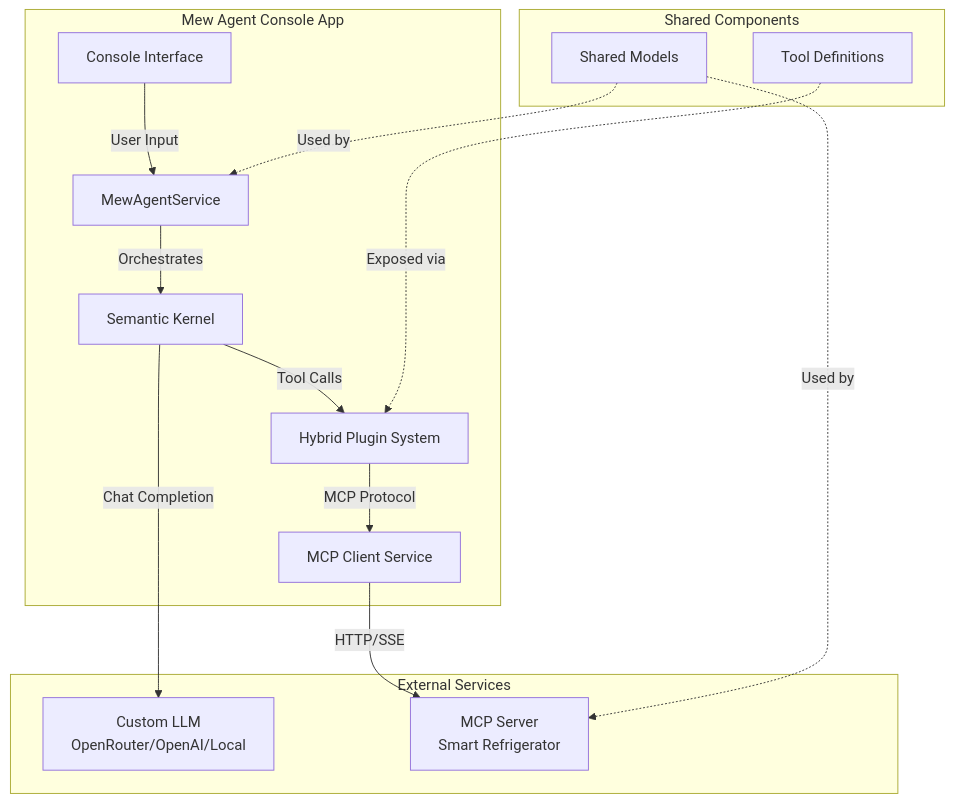
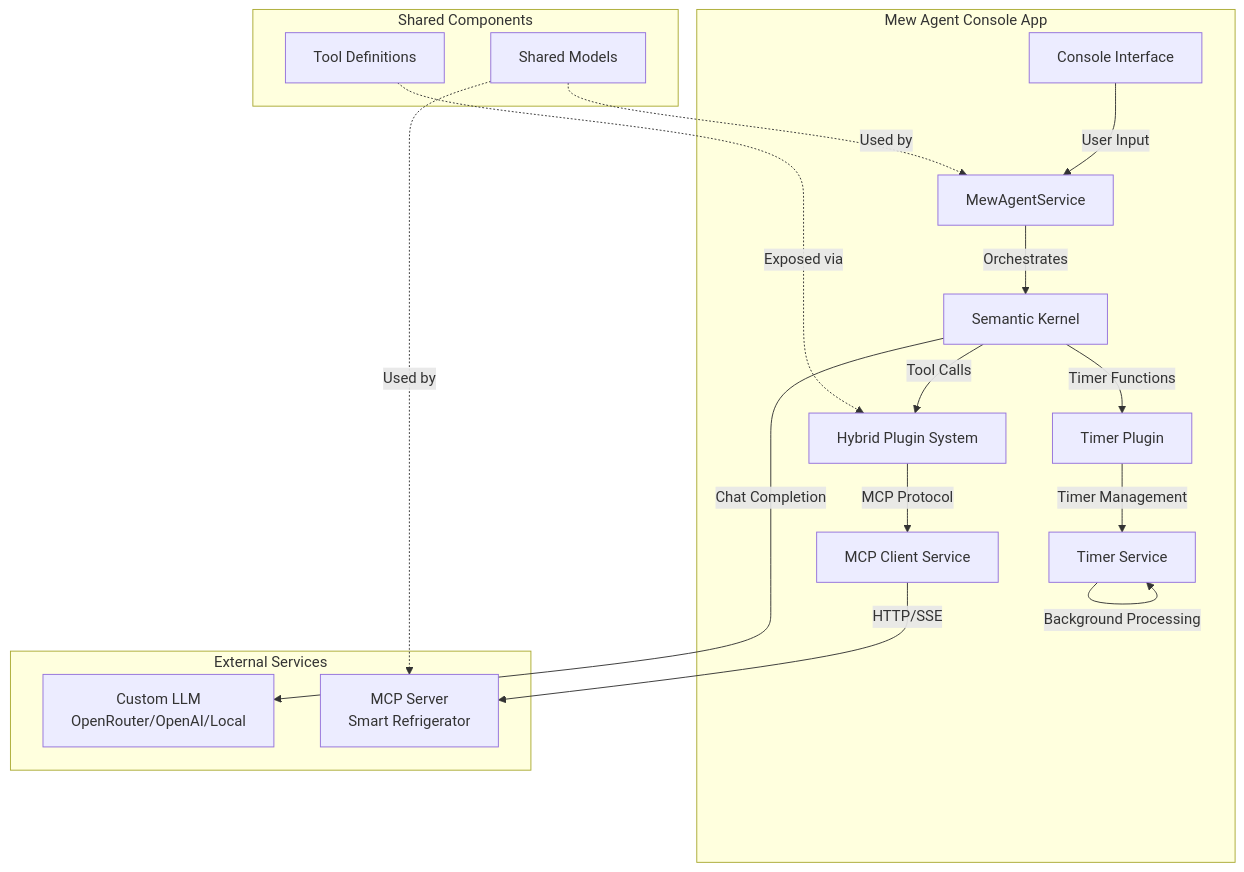
One commit to chachapranu/mew-agent changed the first of 2 diagrams in ARCHITECTURE.md. Above: the diagram before and after it, drawn with Mermaid. The commit also changed other lines of this file and 8 other files, not shown here.

````diff
--- a/ARCHITECTURE.md
+++ b/ARCHITECTURE.md
@@ -24,31 +24,36 @@
 ```mermaid
 graph TB
     subgraph "Mew Agent Console App"
         UI[Console Interface]
         MA[MewAgentService]
         SK[Semantic Kernel]
         MCP[MCP Client Service]
+        TS[Timer Service]
+        TP[Timer Plugin]
         HP[Hybrid Plugin System]
     end
     
     subgraph "External Services"
         LLM[Custom LLM<br/>OpenRouter/OpenAI/Local]
         MCPS[MCP Server<br/>Smart Refrigerator]
     end
     
     subgraph "Shared Components"
         Models[Shared Models]
         Tools[Tool Definitions]
     end
     
     UI -->|User Input| MA
     MA -->|Orchestrates| SK
     SK -->|Chat Completion| LLM
     SK -->|Tool Calls| HP
+    SK -->|Timer Functions| TP
     HP -->|MCP Protocol| MCP
+    TP -->|Timer Management| TS
+    TS -->|Background Processing| TS
     MCP -->|HTTP/SSE| MCPS
     
     Models -.->|Used by| MA
     Models -.->|Used by| MCPS
     Tools -.->|Exposed via| HP
 ```
````
